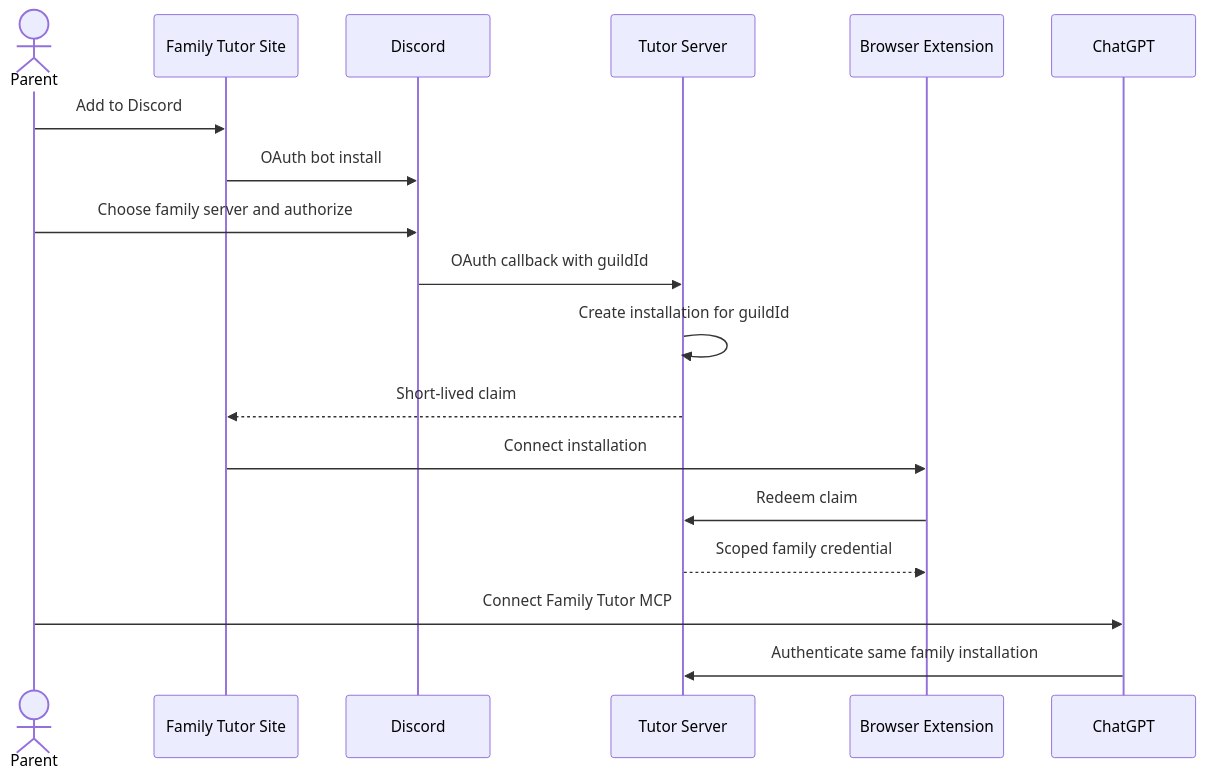
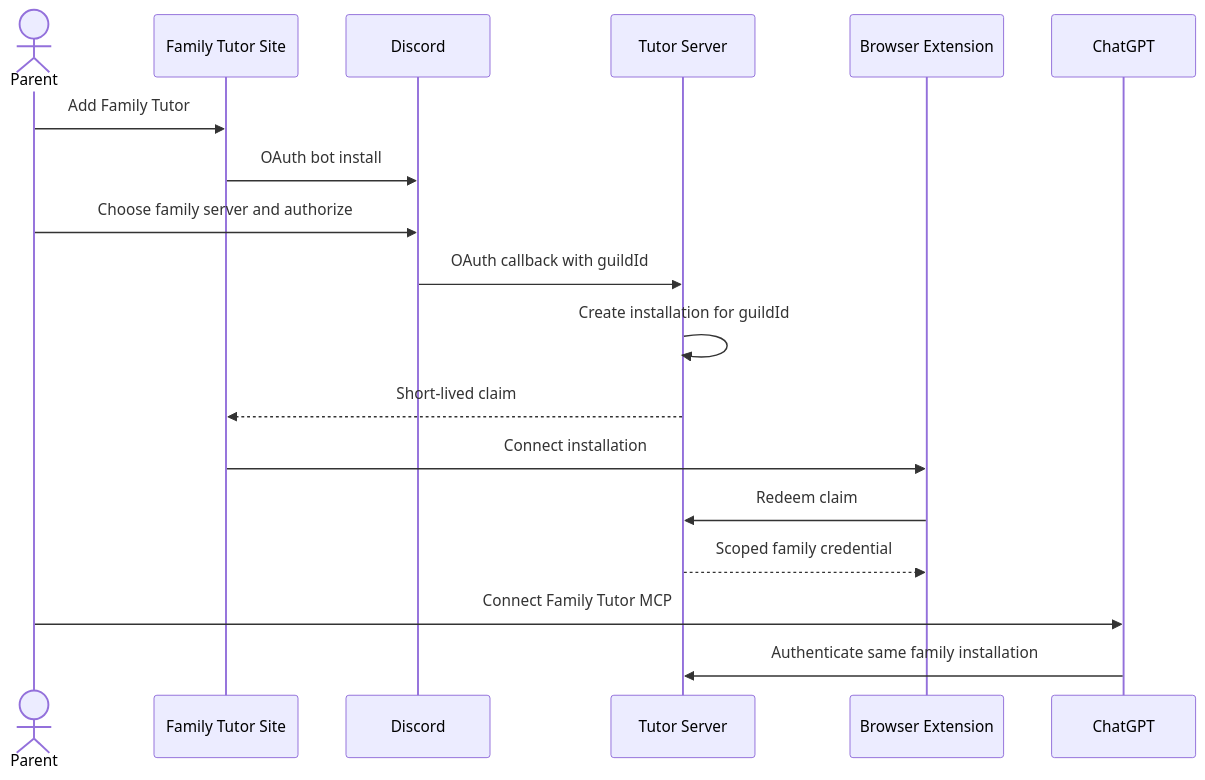
One commit to lalalic/family-tutor changed the first of 4 diagrams in docs/family-install-routing.md. Above: the diagram before and after it, drawn with Mermaid. The commit also changed 12 other files, not shown here.

Commit message:
feat(family-tutor): link onboarding from Discord to greetings

````diff
--- a/docs/family-install-routing.md
+++ b/docs/family-install-routing.md
@@ -15,21 +15,21 @@
 ```mermaid
 sequenceDiagram
     actor Parent
     participant Site as Family Tutor Site
     participant Discord
     participant Server as Tutor Server
     participant Ext as Browser Extension
     participant ChatGPT
 
-    Parent->>Site: Add to Discord
+    Parent->>Site: Add Family Tutor
     Site->>Discord: OAuth bot install
     Parent->>Discord: Choose family server and authorize
     Discord->>Server: OAuth callback with guildId
     Server->>Server: Create installation for guildId
     Server-->>Site: Short-lived claim
     Site->>Ext: Connect installation
     Ext->>Server: Redeem claim
     Server-->>Ext: Scoped family credential
     Parent->>ChatGPT: Connect Family Tutor MCP
     ChatGPT->>Server: Authenticate same family installation
 ```
````
